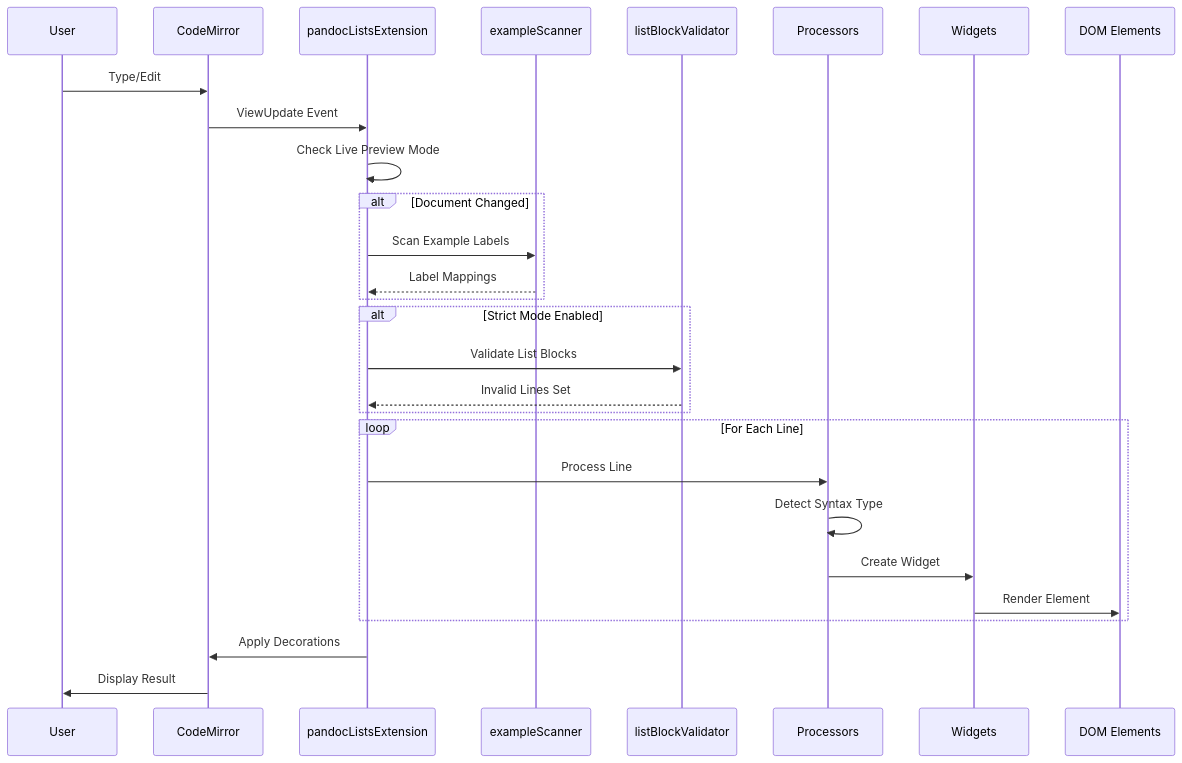
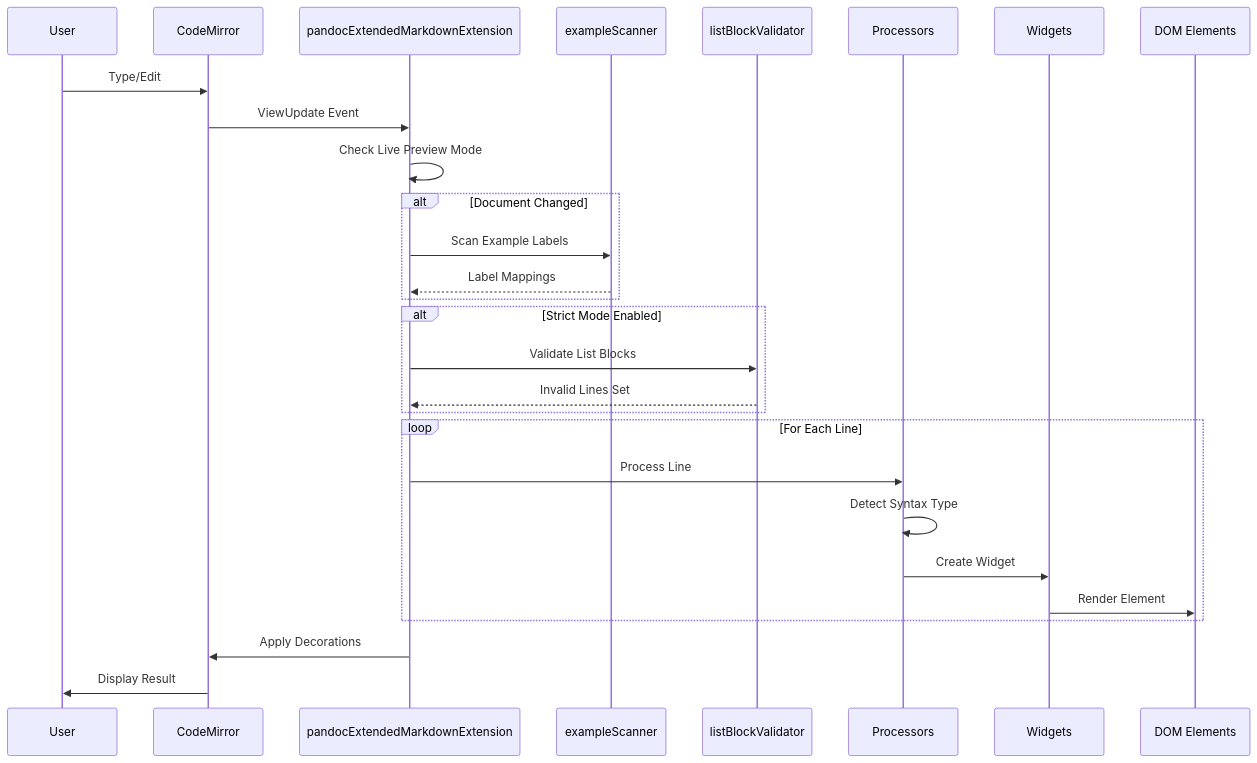
Before and after one commit to ErrorTzy/obsidian-pandoc-extended-markdown: the second of 6 diagrams in ARCHITECTURE.md, drawn with Mermaid. The commit also changed other lines of this file and 12 other files, not shown here.

First line of the commit message:
refactor: Rename PandocLists to PandocExtendedMarkdown throughout codebase

````diff
--- a/ARCHITECTURE.md
+++ b/ARCHITECTURE.md
@@ -152,35 +152,35 @@
 ```mermaid
 sequenceDiagram
     participant User
     participant CM as CodeMirror
-    participant Ext as pandocListsExtension
+    participant Ext as pandocExtendedMarkdownExtension
     participant Scan as exampleScanner
     participant Val as listBlockValidator
     participant Proc as Processors
     participant Widget as Widgets
     participant DOM as DOM Elements
     
     User->>CM: Type/Edit
     CM->>Ext: ViewUpdate Event
     Ext->>Ext: Check Live Preview Mode
     
     alt Document Changed
         Ext->>Scan: Scan Example Labels
         Scan-->>Ext: Label Mappings
     end
     
     alt Strict Mode Enabled
         Ext->>Val: Validate List Blocks
         Val-->>Ext: Invalid Lines Set
     end
     
     loop For Each Line
         Ext->>Proc: Process Line
         Proc->>Proc: Detect Syntax Type
         Proc->>Widget: Create Widget
         Widget->>DOM: Render Element
     end
     
     Ext->>CM: Apply Decorations
     CM->>User: Display Result
 ```
````
